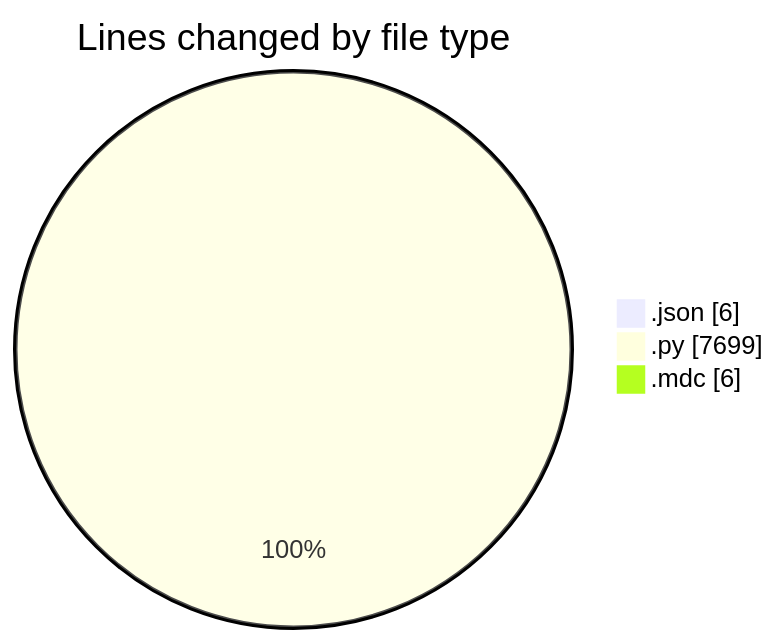
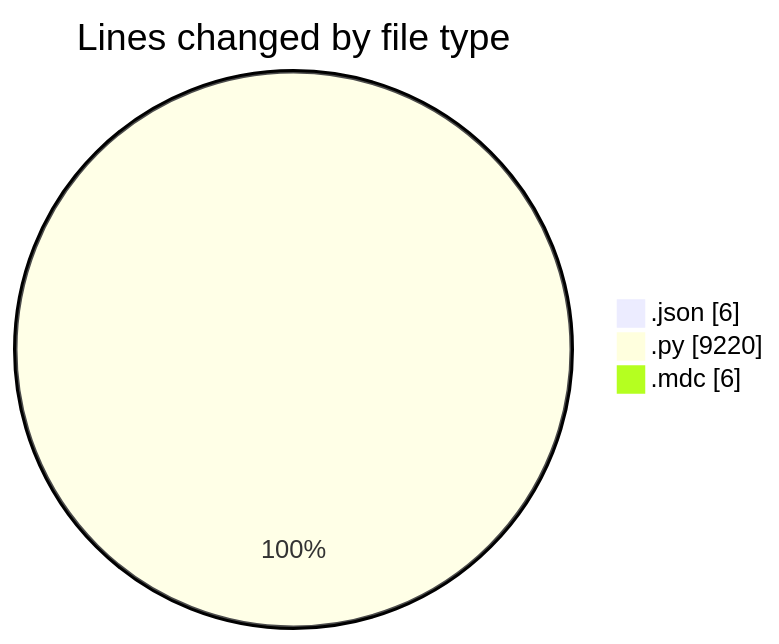
The first of 2 diagrams in 2025-07-16/telebot/README.md (jrari/code-tracking), drawn with Mermaid before and after one commit. The commit also changed other lines of this file and 1 other file, not shown here.

````diff
--- a/2025-07-16/telebot/README.md
+++ b/2025-07-16/telebot/README.md
@@ -28,7 +28,7 @@
 ```mermaid
 pie showData
 title Lines changed by file type
 ".json" : 6
-".py" : 7699
+".py" : 9220
 ".mdc" : 6
 ```
````
